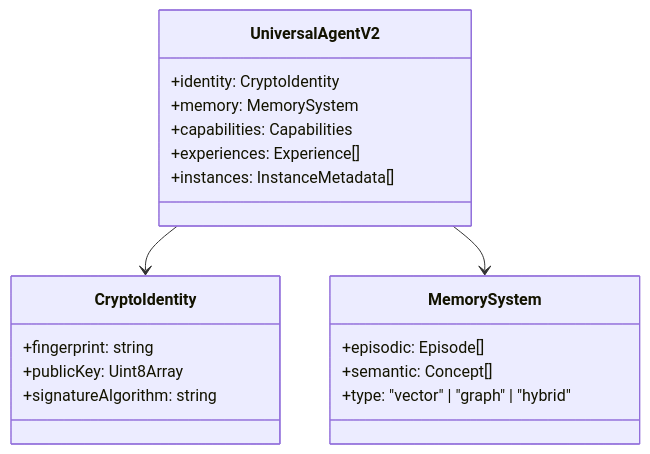
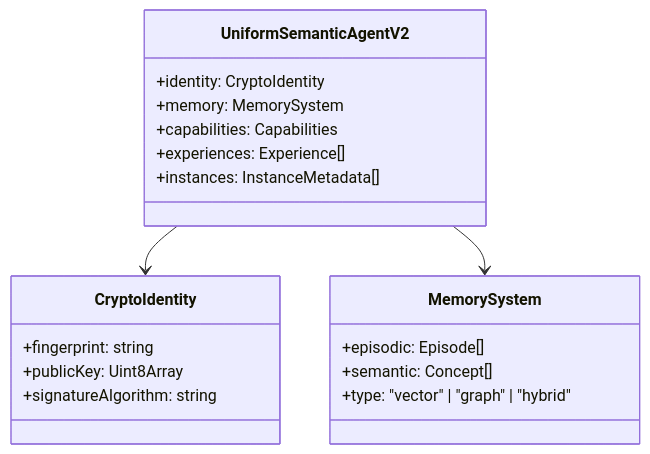
One commit to Replicant-Partners/Chrysalis changed the second of 8 diagrams in ARCHITECTURE.md. Above: the diagram before and after it, drawn with Mermaid. The commit also changed other lines of this file and 129 other files, not shown here.

````diff
--- a/ARCHITECTURE.md
+++ b/ARCHITECTURE.md
@@ -76,25 +76,25 @@
 ```mermaid
 classDiagram
-    class UniversalAgentV2 {
+    class UniformSemanticAgentV2 {
         +identity: CryptoIdentity
         +memory: MemorySystem
         +capabilities: Capabilities
         +experiences: Experience[]
         +instances: InstanceMetadata[]
     }
     
     class CryptoIdentity {
         +fingerprint: string
         +publicKey: Uint8Array
         +signatureAlgorithm: string
     }
     
     class MemorySystem {
         +episodic: Episode[]
         +semantic: Concept[]
         +type: "vector" | "graph" | "hybrid"
     }
     
-    UniversalAgentV2 --> CryptoIdentity
-    UniversalAgentV2 --> MemorySystem
+    UniformSemanticAgentV2 --> CryptoIdentity
+    UniformSemanticAgentV2 --> MemorySystem
 ```
````
